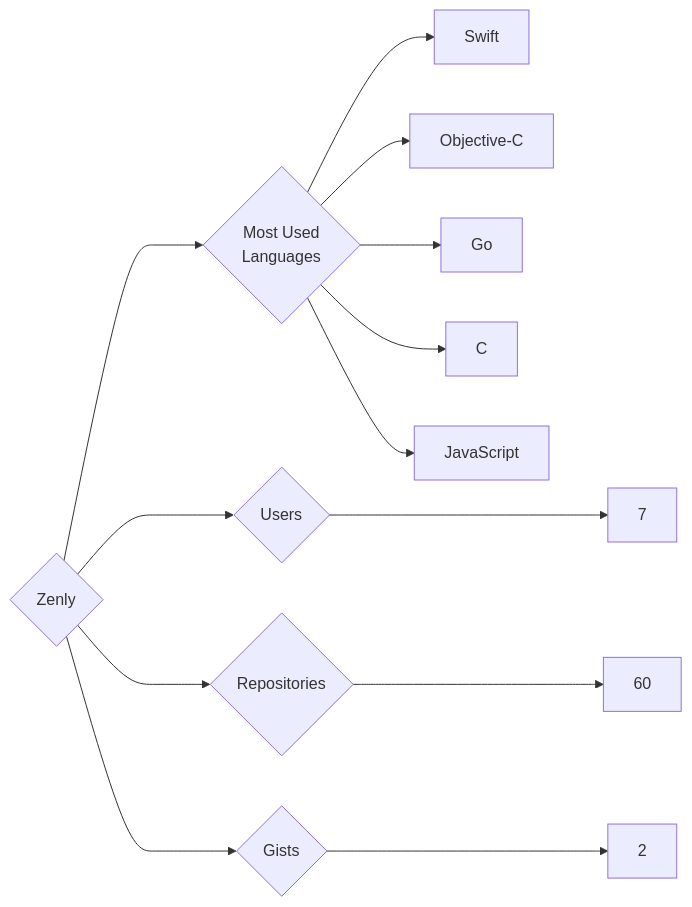
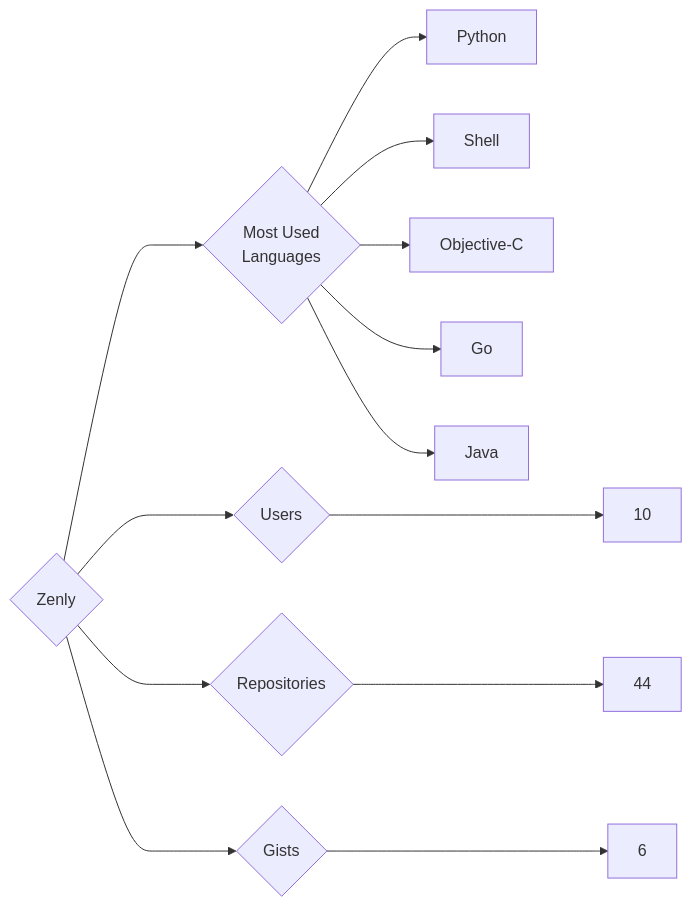
One commit to trickest/insiders changed the diagram in targets/Zenly/README.md. Above: the diagram before and after it, drawn with Mermaid. The commit also changed 1011 other files, not shown here.

````diff
--- a/targets/Zenly/README.md
+++ b/targets/Zenly/README.md
@@ -3,13 +3,13 @@
 ```mermaid
 graph LR
 COMPANY_NAME{Zenly}
-COMPANY_NAME ---> U{Users} ---> UN[7]
-COMPANY_NAME ---> R{Repositories} ---> RN[60]
-COMPANY_NAME ---> G{Gists} ---> GN[2]
+COMPANY_NAME ---> U{Users} ---> UN[10]
+COMPANY_NAME ---> R{Repositories} ---> RN[44]
+COMPANY_NAME ---> G{Gists} ---> GN[6]
 COMPANY_NAME ---> ML{Most Used<br>Languages}
-ML --> Swift[Swift]
+ML --> Python[Python]
+ML --> Shell[Shell]
 ML --> Objective-C[Objective-C]
 ML --> Go[Go]
-ML --> C[C]
-ML --> JavaScript[JavaScript]
+ML --> Java[Java]
 ```
````
